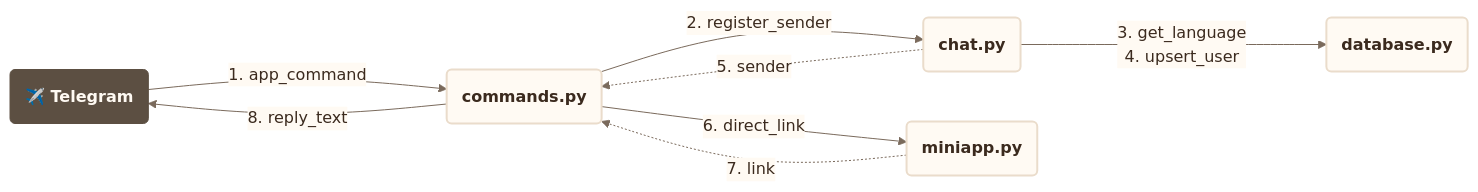
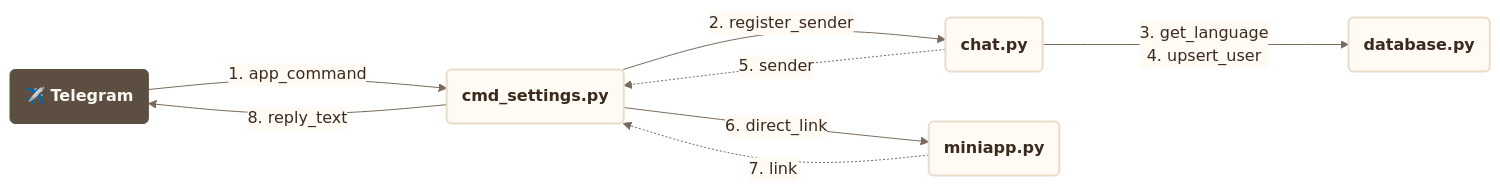
Diagram 17 of 42 in docs/use_cases.md (francescoperrino/Caccometro), drawn with Mermaid before and after one commit. The commit also changed other lines of this file and 30 other files, not shown here.

````diff
--- a/docs/use_cases.md
+++ b/docs/use_cases.md
@@ -1535,53 +1552,53 @@
 ```mermaid
 ---
 config:
   theme: base
   themeVariables:
     fontFamily: "Nunito, Segoe UI, Roboto, sans-serif"
     primaryColor: "#fffaf3"
     primaryTextColor: "#3b2a1e"
     primaryBorderColor: "#eadccb"
     secondaryColor: "#f7ecdc"
     tertiaryColor: "#f3e4d0"
     lineColor: "#7a6a5c"
     textColor: "#3b2a1e"
     edgeLabelBackground: "#fffaf3"
     clusterBkg: "#f3e4d0"
     clusterBorder: "#cbbca9"
     titleColor: "#5c4f42"
     noteBkgColor: "#f7ecdc"
     noteTextColor: "#3b2a1e"
     actorBkg: "#fffaf3"
     actorBorder: "#5c4f42"
     actorTextColor: "#3b2a1e"
     signalColor: "#7a6a5c"
     signalTextColor: "#3b2a1e"
     labelBoxBkgColor: "#f3e4d0"
     loopTextColor: "#3b2a1e"
     sequenceNumberColor: "#fffaf3"
     xyChart:
       plotColorPalette: "#2f4f8f"
   flowchart:
     nodeSpacing: 50
     rankSpacing: 160
 ---
 flowchart LR
     accTitle: Communication diagram, /app
     accDescr: The modules involved, the functions each one calls in another and what comes back, numbered as in the sequence
     telegram("<b>✈️ Telegram</b>")
-    commands("<b>commands.py</b>")
+    cmd_settings("<b>cmd_settings.py</b>")
     chat("<b>chat.py</b>")
     database("<b>database.py</b>")
     miniapp("<b>miniapp.py</b>")
-    telegram -->|"1.#nbsp;app_command"| commands
-    commands -->|"2.#nbsp;register_sender"| chat
+    telegram -->|"1.#nbsp;app_command"| cmd_settings
+    cmd_settings -->|"2.#nbsp;register_sender"| chat
     chat -->|"3.#nbsp;get_language<br/>4.#nbsp;upsert_user"| database
-    chat -.->|"5.#nbsp;sender"| commands
-    commands -->|"6.#nbsp;direct_link"| miniapp
-    miniapp -.->|"7.#nbsp;link"| commands
-    commands -->|"8.#nbsp;reply_text"| telegram
+    chat -.->|"5.#nbsp;sender"| cmd_settings
+    cmd_settings -->|"6.#nbsp;direct_link"| miniapp
+    miniapp -.->|"7.#nbsp;link"| cmd_settings
+    cmd_settings -->|"8.#nbsp;reply_text"| telegram
     classDef step fill:#fffaf3,stroke:#eadccb,stroke-width:2px,color:#3b2a1e
     classDef person fill:#5c4f42,stroke:#5c4f42,color:#fffaf3
-    class commands,chat,database,miniapp step
+    class cmd_settings,chat,database,miniapp step
     class telegram person
 ```
````
